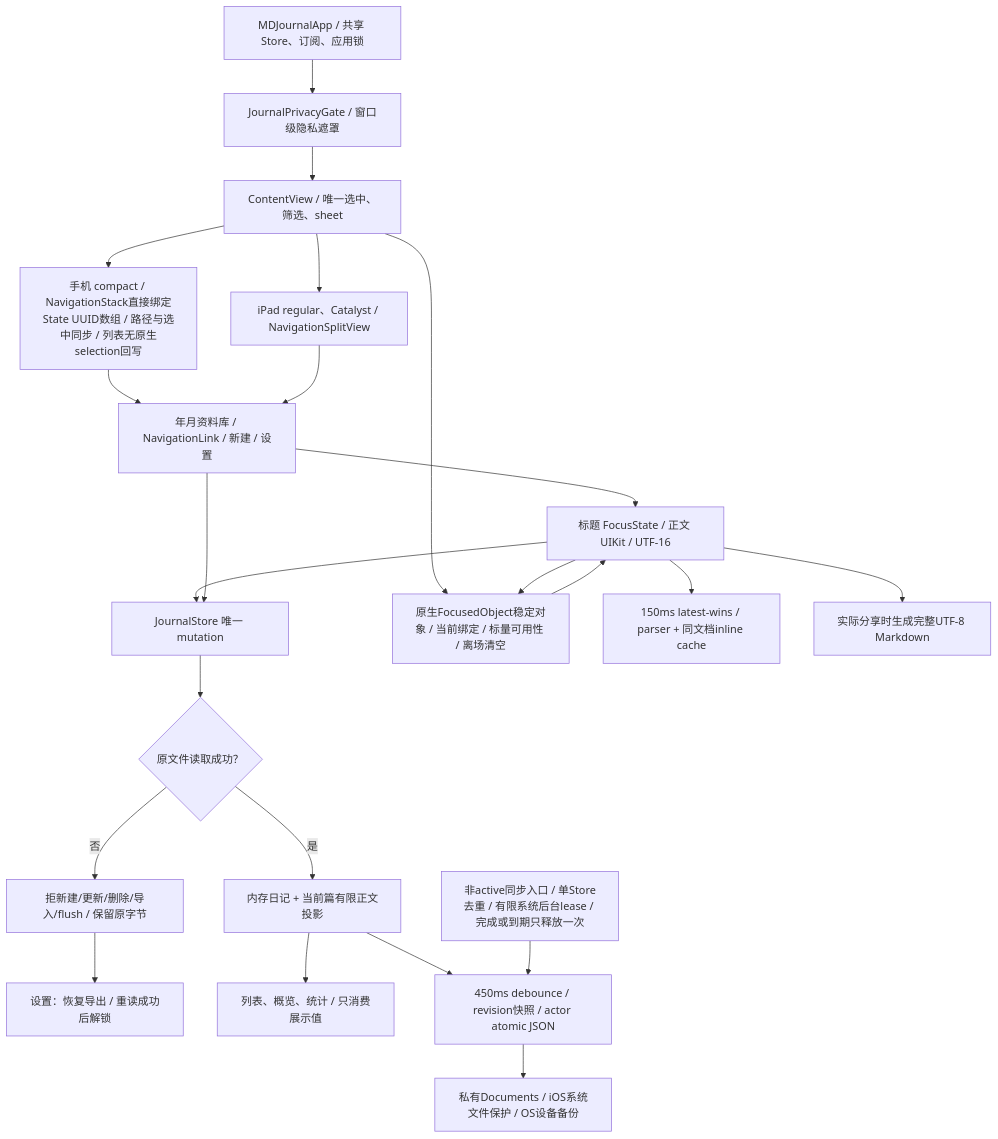
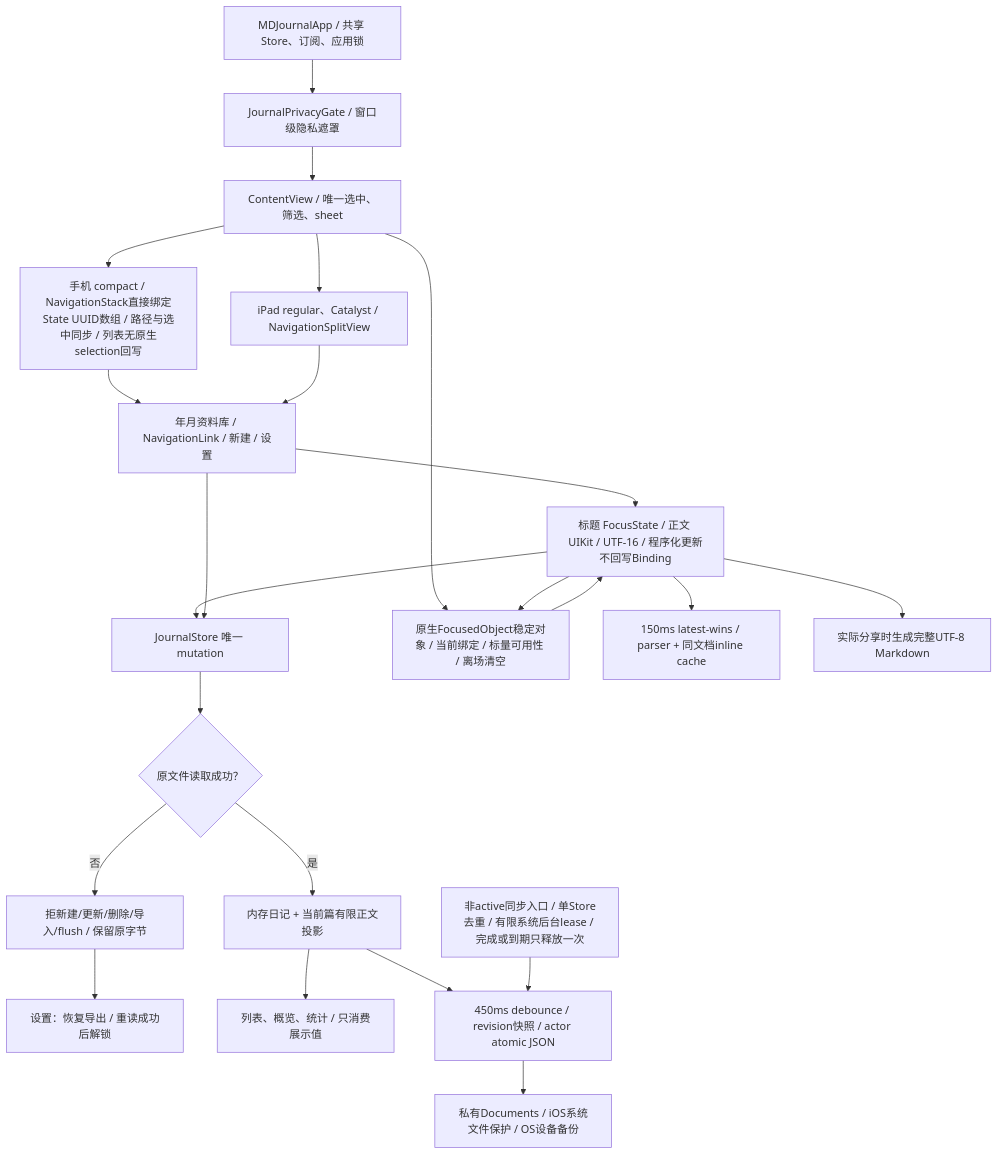
The first of 4 diagrams in md/flow/flowchart.md (Altman-sam114/117), drawn with Mermaid before and after one commit. The commit also changed other lines of this file and 8 other files, not shown here.

````diff
--- a/md/flow/flowchart.md
+++ b/md/flow/flowchart.md
@@ -5,25 +5,25 @@
 ```mermaid
 flowchart TD
   App["MDJournalApp / 共享 Store、订阅、应用锁"] --> Gate["JournalPrivacyGate / 窗口级隐私遮罩"]
   Gate --> Content["ContentView / 唯一选中、筛选、sheet"]
   Content --> Compact["手机 compact / NavigationStack直接绑定State UUID数组 / 路径与选中同步 / 列表无原生selection回写"]
   Content --> Regular["iPad regular、Catalyst / NavigationSplitView"]
   Compact --> Library["年月资料库 / NavigationLink / 新建 / 设置"]
   Regular --> Library
-  Library --> Editor["标题 FocusState / 正文 UIKit / UTF-16"]
+  Library --> Editor["标题 FocusState / 正文 UIKit / UTF-16 / 程序化更新不回写Binding"]
   Editor --> Mutation["JournalStore 唯一 mutation"]
   Library --> Mutation
   Mutation --> Health{"原文件读取成功？"}
   Health -- "否" --> Protect["拒新建/更新/删除/导入/flush / 保留原字节"]
   Protect --> Recovery["设置：恢复导出 / 重读成功后解锁"]
   Health -- "是" --> State["内存日记 + 当前篇有限正文投影"]
   State --> ListStats["列表、概览、统计 / 只消费展示值"]
   State --> Save["450ms debounce / revision快照 / actor atomic JSON"]
   Save --> File["私有Documents / iOS系统文件保护 / OS设备备份"]
   BackgroundSave["非active同步入口 / 单Store去重 / 有限系统后台lease / 完成或到期只释放一次"] --> Save
   Content --> Commands["原生FocusedObject稳定对象 / 当前绑定 / 标量可用性 / 离场清空"]
   Editor --> Commands
   Commands --> Editor
   Editor --> Preview["150ms latest-wins / parser + 同文档inline cache"]
   Editor --> Share["实际分享时生成完整UTF-8 Markdown"]
 ```
````
